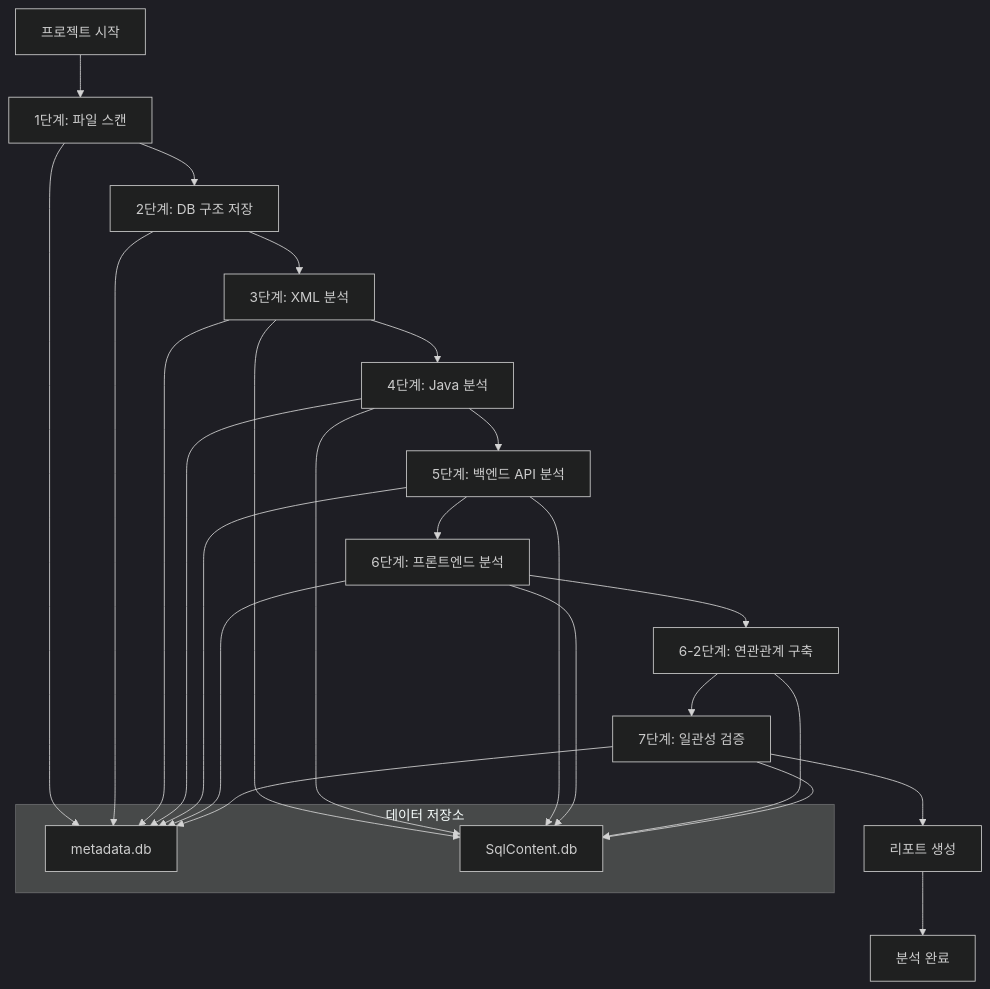
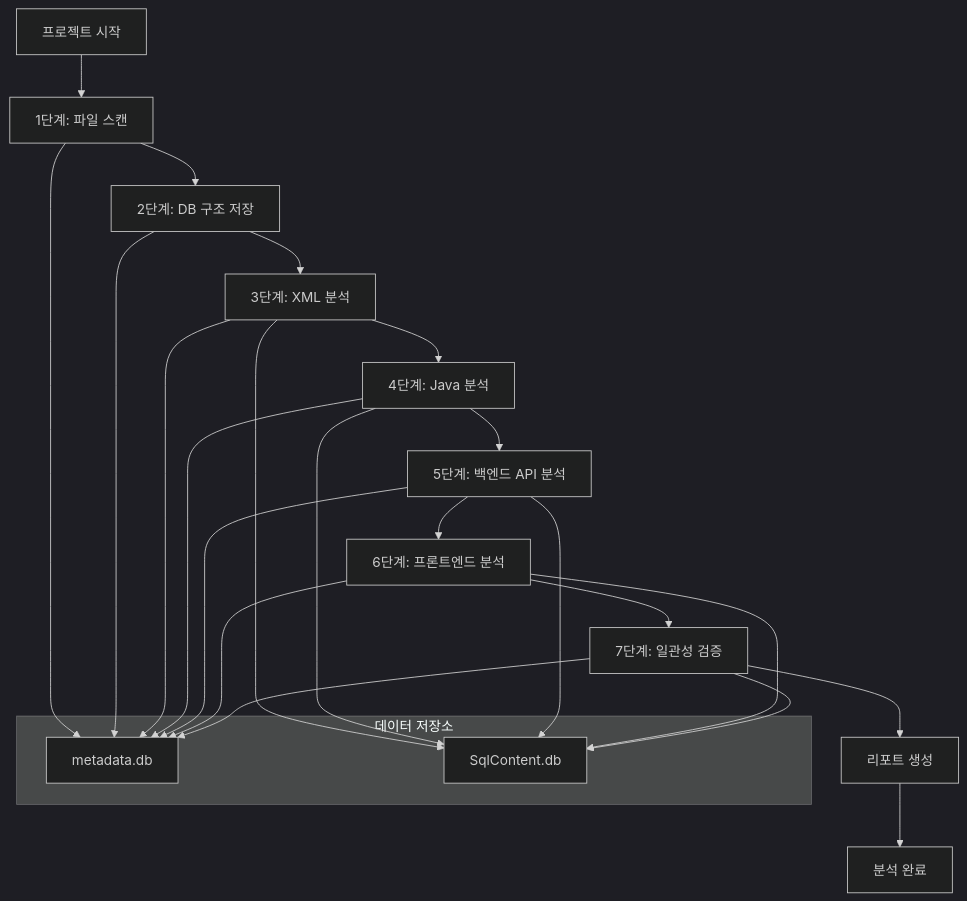
Before and after one commit to kumtaek/CreateMetaDb: the first of 4 diagrams in docs/01_시스템_요구사항_정의서.md, drawn with Mermaid (dark theme). The commit also changed other lines of this file and 33 other files, not shown here.

````diff
--- a/docs/01_시스템_요구사항_정의서.md
+++ b/docs/01_시스템_요구사항_정의서.md
@@ -15,32 +21,30 @@
 ```mermaid
 flowchart TD
     A["프로젝트 시작"] --> B["1단계: 파일 스캔"]
     B --> C["2단계: DB 구조 저장"]
     C --> D["3단계: XML 분석"]
     D --> E["4단계: Java 분석"]
     E --> F["5단계: 백엔드 API 분석"]
     F --> G["6단계: 프론트엔드 분석"]
-    G --> H["6-2단계: 연관관계 구축"]
-    H --> I["7단계: 일관성 검증"]
-    I --> J["리포트 생성"]
-    J --> K["분석 완료"]
+    G --> H["7단계: 일관성 검증"]
+    H --> I["리포트 생성"]
+    I --> J["분석 완료"]
     
     subgraph "데이터 저장소"
         L["metadata.db"]
         M["SqlContent.db"]
     end
     
     B --> L
     C --> L
     D --> L
     D --> M
     E --> L
     E --> M
     F --> L
     F --> M
     G --> L
     G --> M
+    H --> L
     H --> M
-    I --> L
-    I --> M
 ```
````
